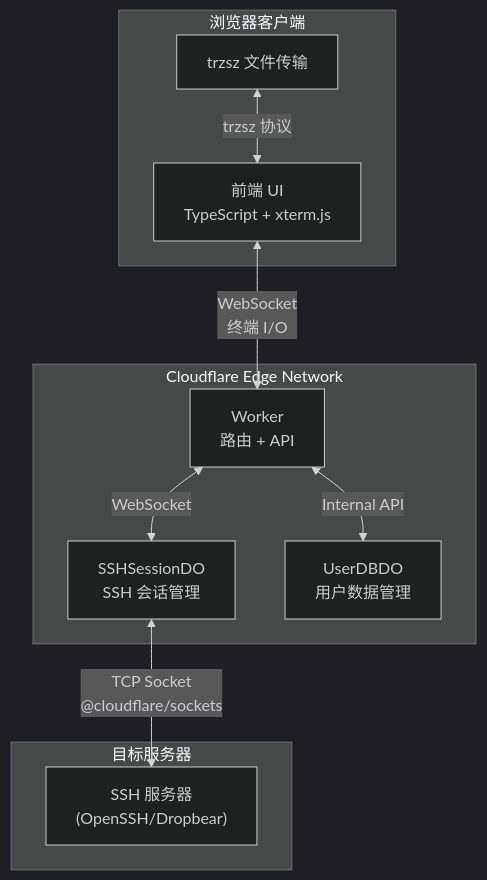
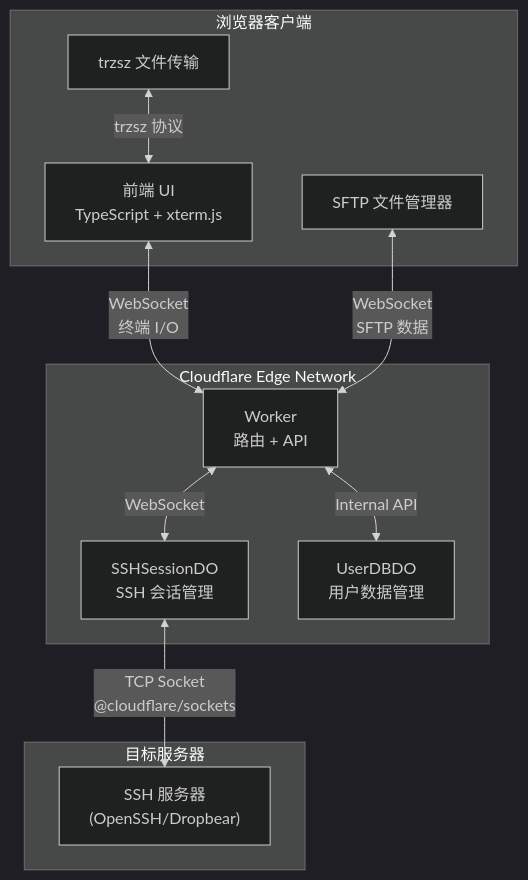
The diagram in README.md (newbietan/CloudSSH), drawn with Mermaid (dark theme) before and after one commit. The commit also changed other lines of this file and 2 other files, not shown here.

Commit message:
docs: 更新文档，补充 SFTP 文件管理功能说明

````diff
--- a/README.md
+++ b/README.md
@@ -91,23 +92,25 @@
 ```mermaid
 flowchart TB
     subgraph "浏览器客户端"
         UI["前端 UI<br/>TypeScript + xterm.js"]
+        SFTP["SFTP 文件管理器"]
         Trzsz["trzsz 文件传输"]
     end
     
     subgraph "Cloudflare Edge Network"
         Worker["Worker<br/>路由 + API"]
         SSH_DO["SSHSessionDO<br/>SSH 会话管理"]
         User_DO["UserDBDO<br/>用户数据管理"]
     end
     
     subgraph "目标服务器"
         SSH["SSH 服务器<br/>(OpenSSH/Dropbear)"]
     end
 
     UI <-->|"WebSocket<br/>终端 I/O"| Worker
+    SFTP <-->|"WebSocket<br/>SFTP 数据"| Worker
     Trzsz <-->|"trzsz 协议"| UI
     Worker <-->|"WebSocket"| SSH_DO
     Worker <-->|"Internal API"| User_DO
     SSH_DO <-->|"TCP Socket<br/>@cloudflare/sockets"| SSH
 ```
````
